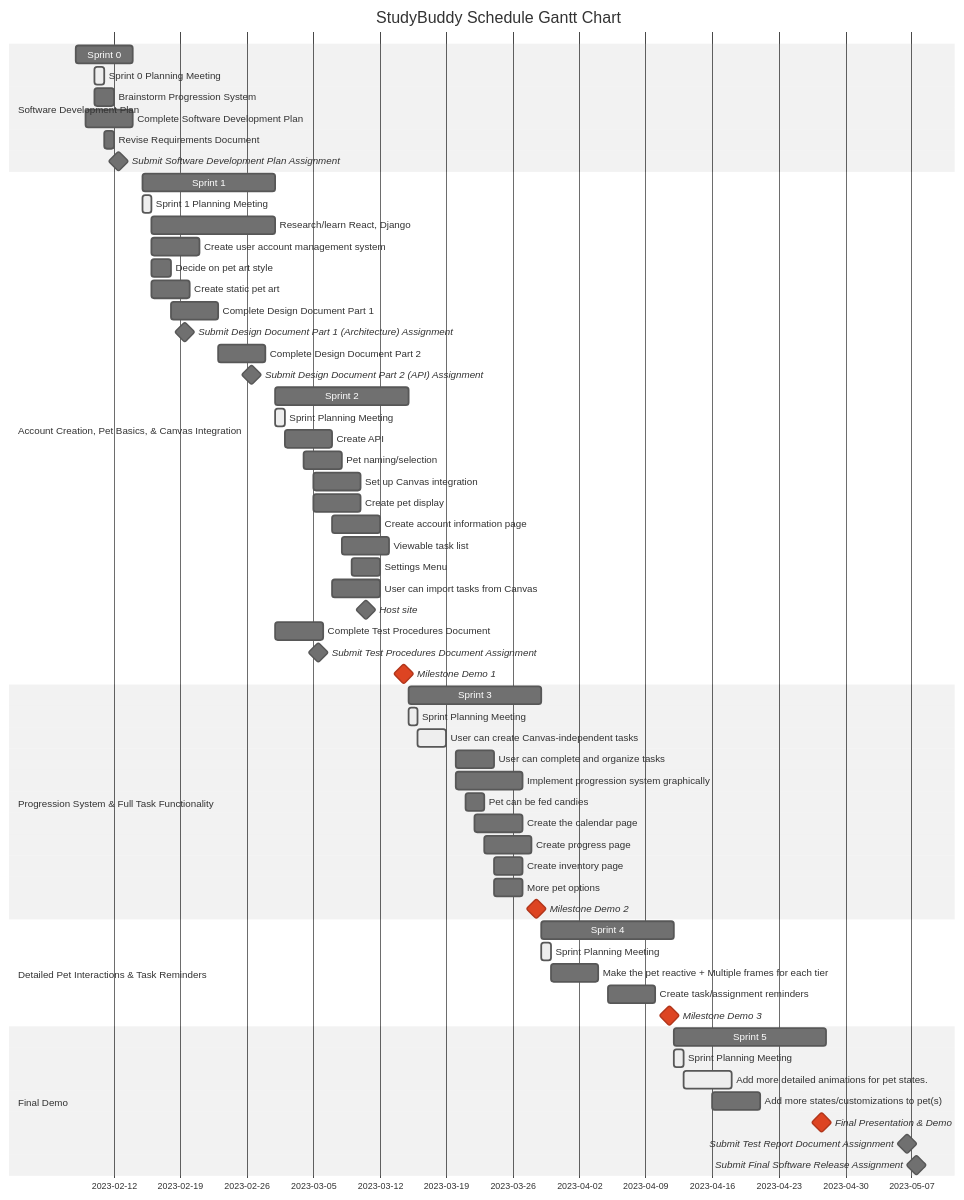
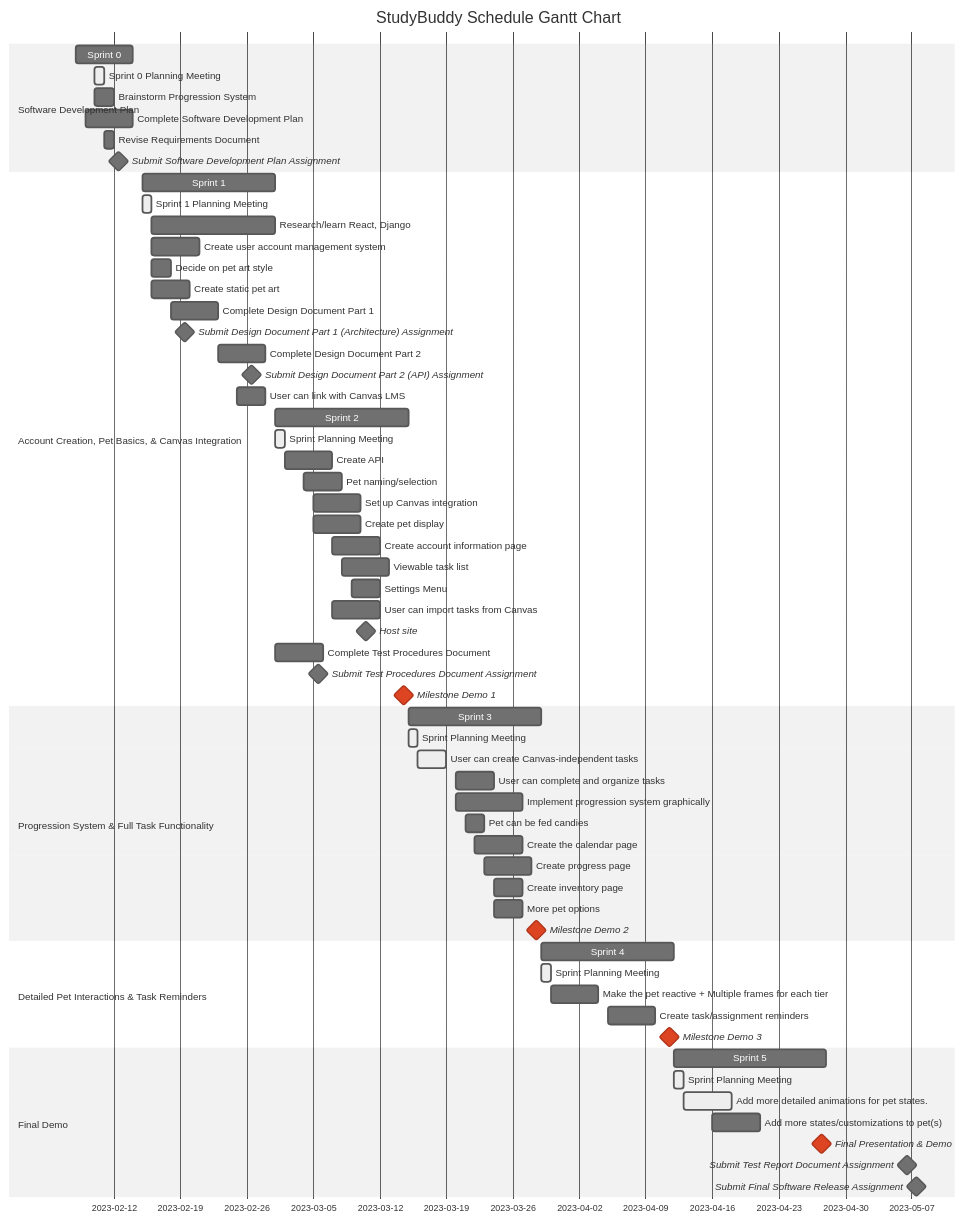
One commit to Capstone-Projects-2023-Spring/project-virtual-pet changed the diagram in documentation/docs/development-plan/schedule.md. Above: the diagram before and after it, drawn with Mermaid (neutral theme).

```diff
--- a/documentation/docs/development-plan/schedule.md
+++ b/documentation/docs/development-plan/schedule.md
@@ -44,6 +44,8 @@
         Complete Design Document Part 2:  , 2023-02-23, 5d
         section Account Creation, Pet Basics, & Canvas Integration
         Submit Design Document Part 2 (API) Assignment: milestone, , 2023-02-26, 1d
+        section Account Creation, Pet Basics, & Canvas Integration
+        User can link with Canvas LMS:  , 2023-02-25, 3d
 
         
         section Account Creation, Pet Basics, & Canvas Integration
```
